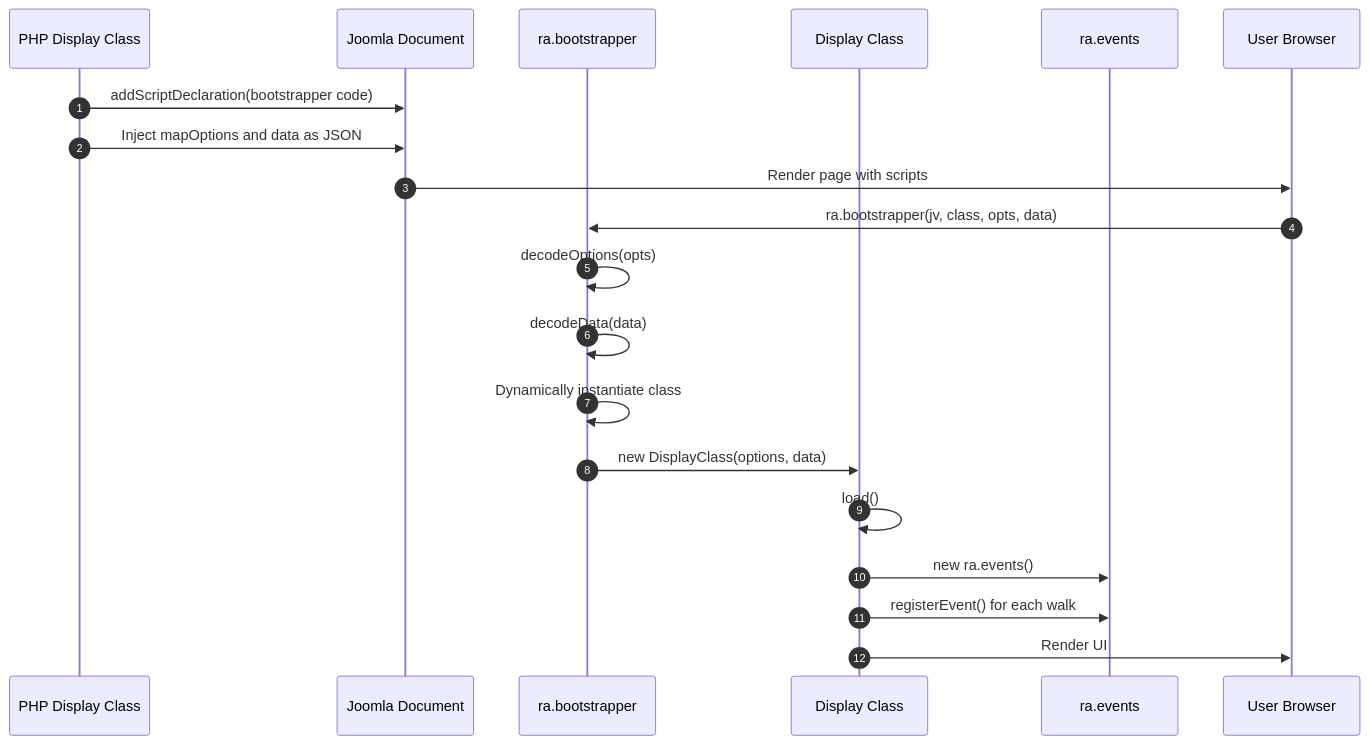
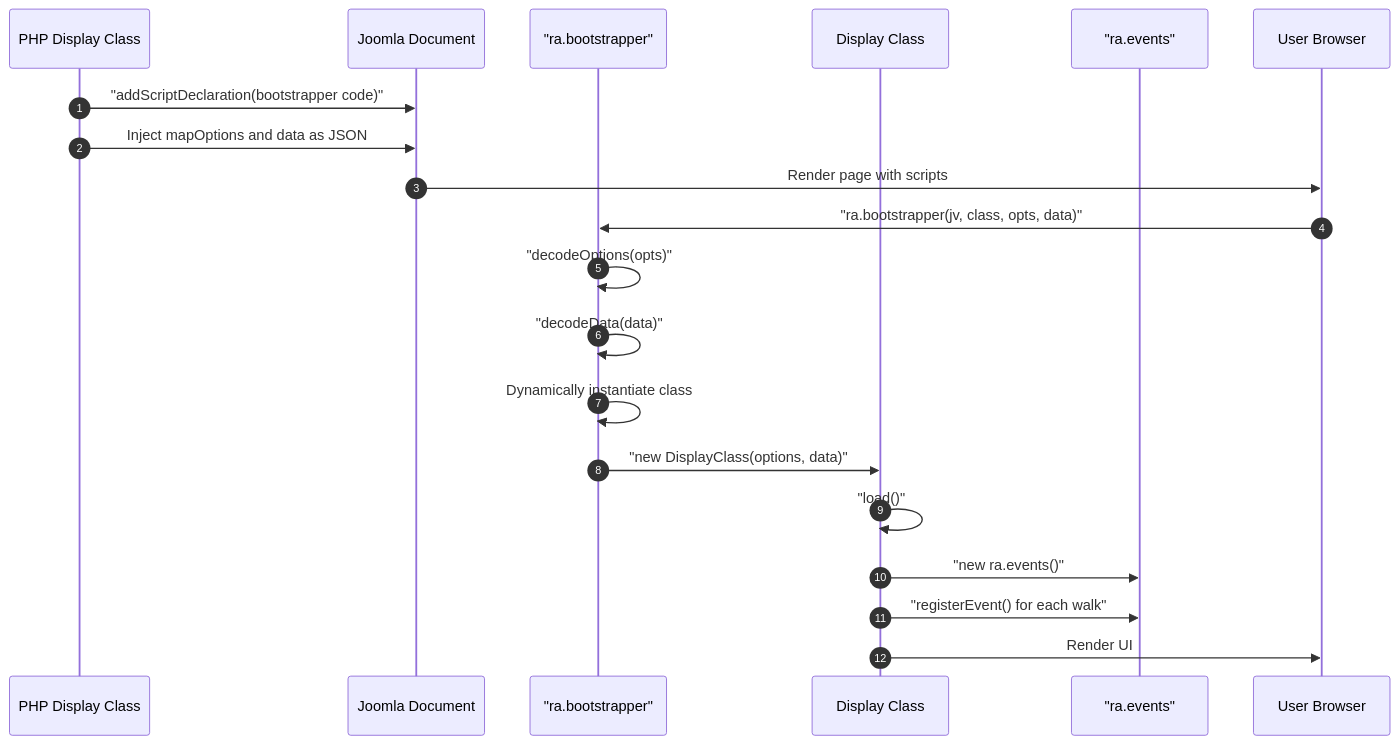
One commit to pauljrhodes/ramblers-library changed the third of 4 diagrams in media/js/HLD.md. Above: the diagram before and after it, drawn with Mermaid. The commit also changed other lines of this file and 33 other files, not shown here.

First line of the commit message:
Normalize Mermaid diagrams for GitHub rendering (#13)

````diff
--- a/media/js/HLD.md
+++ b/media/js/HLD.md
@@ -276,23 +276,23 @@
 ```mermaid
 sequenceDiagram
     autonumber
     participant PHP as PHP Display Class
     participant Doc as Joomla Document
-    participant Bootstrap as ra.bootstrapper
+    participant Bootstrap as "ra.bootstrapper"
     participant DisplayClass as Display Class
-    participant Events as ra.events
+    participant Events as "ra.events"
     participant User as User Browser
 
-    PHP->>Doc: addScriptDeclaration(bootstrapper code)
+    PHP->>Doc: "addScriptDeclaration(bootstrapper code)"
     PHP->>Doc: Inject mapOptions and data as JSON
     Doc->>User: Render page with scripts
-    User->>Bootstrap: ra.bootstrapper(jv, class, opts, data)
-    Bootstrap->>Bootstrap: decodeOptions(opts)
-    Bootstrap->>Bootstrap: decodeData(data)
+    User->>Bootstrap: "ra.bootstrapper(jv, class, opts, data)"
+    Bootstrap->>Bootstrap: "decodeOptions(opts)"
+    Bootstrap->>Bootstrap: "decodeData(data)"
     Bootstrap->>Bootstrap: Dynamically instantiate class
-    Bootstrap->>DisplayClass: new DisplayClass(options, data)
-    DisplayClass->>DisplayClass: load()
-    DisplayClass->>Events: new ra.events()
-    DisplayClass->>Events: registerEvent() for each walk
+    Bootstrap->>DisplayClass: "new DisplayClass(options, data)"
+    DisplayClass->>DisplayClass: "load()"
+    DisplayClass->>Events: "new ra.events()"
+    DisplayClass->>Events: "registerEvent() for each walk"
     DisplayClass->>User: Render UI
 ```
````
